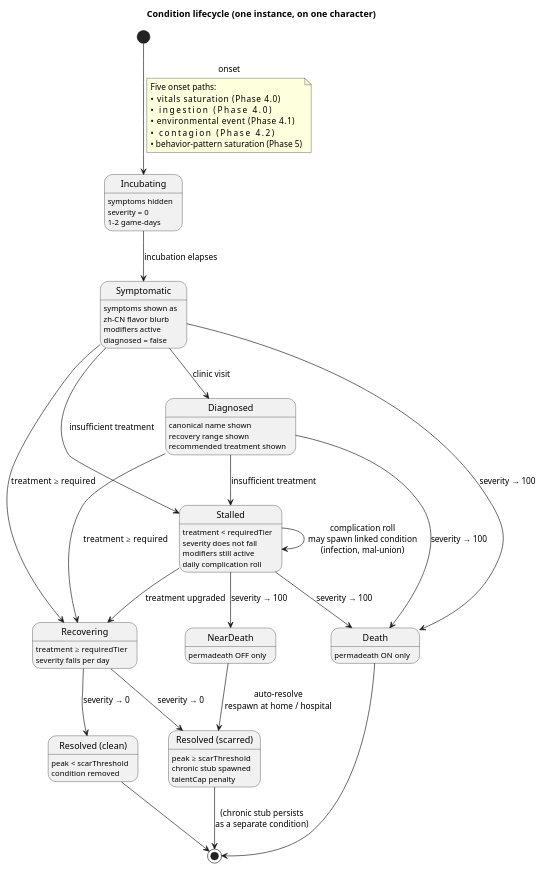
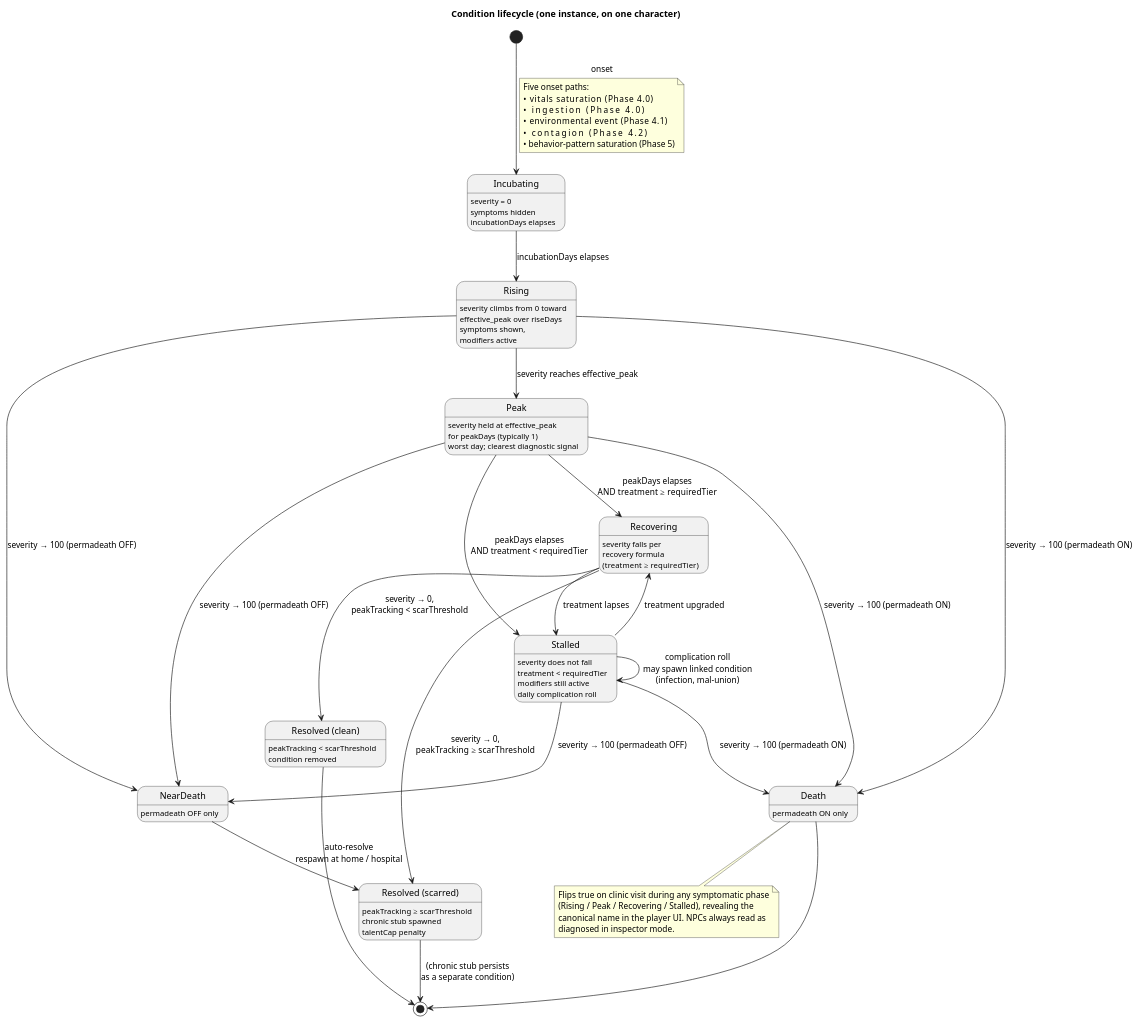
One commit to Leo927/UCLife changed the second of 3 diagrams in Design/characters/physiology.md. Above: the diagram before and after it, drawn with PlantUML. The commit also changed other lines of this file, not shown here.

First line of the commit message:
design(physiology): add rise/peak phase machine to severity model

````diff
--- a/Design/characters/physiology.md
+++ b/Design/characters/physiology.md
@@ -124,45 +138,55 @@
 ```puml
 @startuml
 title Condition lifecycle (one instance, on one character)
 
 [*] --> Incubating : onset
 note on link
   Five onset paths:
   • vitals saturation         (Phase 4.0)
   • ingestion                 (Phase 4.0)
   • environmental event       (Phase 4.1)
   • contagion                 (Phase 4.2)
   • behavior-pattern saturation (Phase 5)
 end note
 
-state Incubating : symptoms hidden\nseverity = 0\n1–2 game-days
-state Symptomatic : symptoms shown as\nzh-CN flavor blurb\nmodifiers active\ndiagnosed = false
-state Diagnosed : canonical name shown\nrecovery range shown\nrecommended treatment shown
-state Stalled : treatment < requiredTier\nseverity does not fall\nmodifiers still active\ndaily complication roll
-state Recovering : treatment ≥ requiredTier\nseverity falls per day
-state "Resolved (clean)" as Clean : peak < scarThreshold\ncondition removed
-state "Resolved (scarred)" as Scar : peak ≥ scarThreshold\nchronic stub spawned\ntalentCap penalty
+state Incubating : severity = 0\nsymptoms hidden\nincubationDays elapses
+state Rising : severity climbs from 0 toward\neffective_peak over riseDays\nsymptoms shown,\nmodifiers active
+state Peak : severity held at effective_peak\nfor peakDays (typically 1)\nworst day; clearest diagnostic signal
+state Recovering : severity falls per\nrecovery formula\n(treatment ≥ requiredTier)
+state Stalled : severity does not fall\ntreatment < requiredTier\nmodifiers still active\ndaily complication roll
+state "Resolved (clean)" as Clean : peakTracking < scarThreshold\ncondition removed
+state "Resolved (scarred)" as Scar : peakTracking ≥ scarThreshold\nchronic stub spawned\ntalentCap penalty
 state NearDeath : permadeath OFF only
 state Death : permadeath ON only
 
-Incubating --> Symptomatic : incubation elapses
-Symptomatic --> Diagnosed : clinic visit
-Symptomatic --> Stalled : insufficient treatment
-Symptomatic --> Recovering : treatment ≥ required
-Diagnosed --> Stalled : insufficient treatment
-Diagnosed --> Recovering : treatment ≥ required
+Incubating --> Rising : incubationDays elapses
+Rising --> Peak : severity reaches effective_peak
+Peak --> Recovering : peakDays elapses\nAND treatment ≥ requiredTier
+Peak --> Stalled : peakDays elapses\nAND treatment < requiredTier
+Recovering --> Stalled : treatment lapses
 Stalled --> Recovering : treatment upgraded
 Stalled --> Stalled : complication roll\nmay spawn linked condition\n(infection, mal-union)
-Recovering --> Clean : severity → 0
-Recovering --> Scar : severity → 0
-Symptomatic --> Death : severity → 100
-Stalled --> Death : severity → 100
-Stalled --> NearDeath : severity → 100
-Diagnosed --> Death : severity → 100
+Recovering --> Clean : severity → 0,\npeakTracking < scarThreshold
+Recovering --> Scar : severity → 0,\npeakTracking ≥ scarThreshold
+
+Rising --> Death : severity → 100 (permadeath ON)
+Peak --> Death : severity → 100 (permadeath ON)
+Stalled --> Death : severity → 100 (permadeath ON)
+Rising --> NearDeath : severity → 100 (permadeath OFF)
+Peak --> NearDeath : severity → 100 (permadeath OFF)
+Stalled --> NearDeath : severity → 100 (permadeath OFF)
 NearDeath --> Scar : auto-resolve\nrespawn at home / hospital
+
+note bottom
+  ''diagnosed'' is an orthogonal flag, not a phase.
+  Flips true on clinic visit during any symptomatic phase
+  (Rising / Peak / Recovering / Stalled), revealing the
+  canonical name in the player UI. NPCs always read as
+  diagnosed in inspector mode.
+end note
 
 Clean --> [*]
 Scar --> [*] : (chronic stub persists\nas a separate condition)
 Death --> [*]
 @enduml
 ```
````
